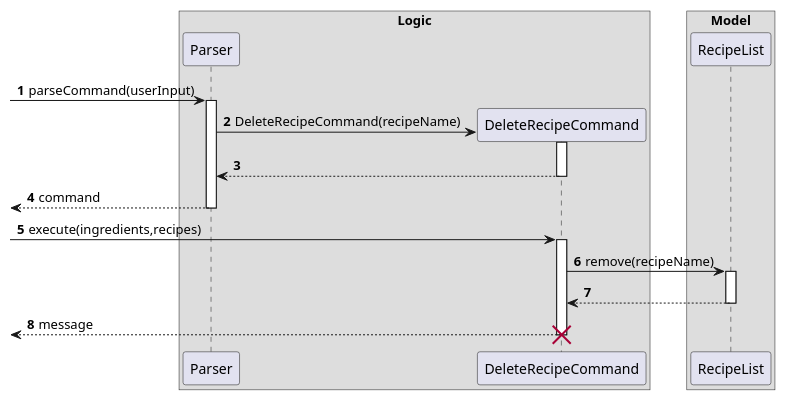
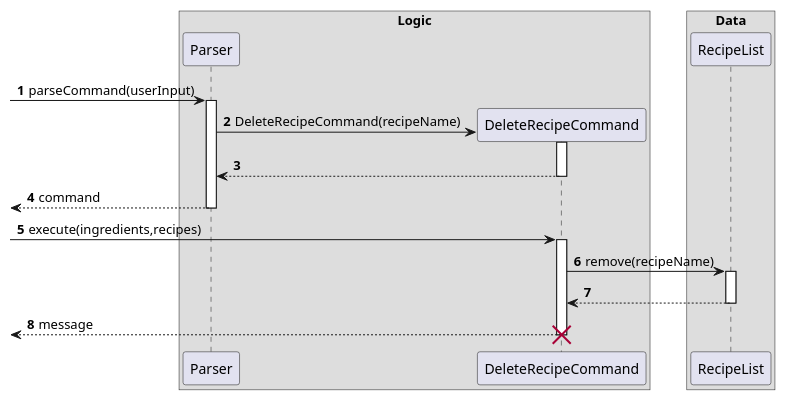
The diagram in docs/diagrams/DeleteRecipe.puml (nus-cs2113-AY2122S1/tp), drawn with PlantUML before and after one commit. The commit also changed 7 other files, not shown here.

Commit message:
Change Model to Data

```diff
--- a/docs/diagrams/DeleteRecipe.puml
+++ b/docs/diagrams/DeleteRecipe.puml
@@ -1,29 +1,29 @@
 @startuml
 'https://plantuml.com/sequence-diagram
 
 autonumber
 box Logic
 -> Parser: parseCommand(userInput)
 activate Parser
 
 create DeleteRecipeCommand
 Parser -> DeleteRecipeCommand : DeleteRecipeCommand(recipeName)
 activate DeleteRecipeCommand
 
 return
 return command
 
 -> DeleteRecipeCommand : execute(ingredients,recipes)
 activate DeleteRecipeCommand
 end box
 
-box Model
+box Data
 DeleteRecipeCommand -> RecipeList : remove(recipeName)
 activate RecipeList
 return
 end box
 
 return message
 destroy DeleteRecipeCommand
 
 @enduml
```
